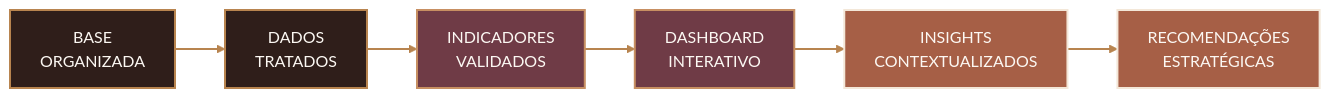
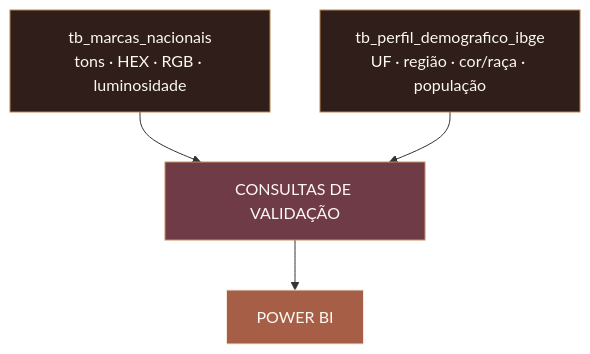
Before and after one commit to Projeto-L-Oreal-Paris/Avanco-da-industria-da-maquiagem: the third of 5 diagrams in README.md, drawn with Mermaid. The commit also changed other lines of this file, not shown here.

Commit message:
feat: finalize AURENA website with Power BI integration and final adjustments"

````diff
--- a/README.md
+++ b/README.md
@@ -857,18 +211,19 @@
 ```mermaid
-flowchart LR
-    A["BASE<br/>ORGANIZADA"] --> B["DADOS<br/>TRATADOS"]
-    B --> C["INDICADORES<br/>VALIDADOS"]
-    C --> D["DASHBOARD<br/>INTERATIVO"]
-    D --> E["INSIGHTS<br/>CONTEXTUALIZADOS"]
-    E --> F["RECOMENDAÇÕES<br/>ESTRATÉGICAS"]
+flowchart TB
+    A["tb_marcas_nacionais<br/>tons · HEX · RGB · luminosidade"]
+    B["tb_perfil_demografico_ibge<br/>UF · região · cor/raça · população"]
+    C["CONSULTAS DE VALIDAÇÃO"]
+    D["POWER BI"]
 
-    classDef dados fill:#2F1E1A,stroke:#B8844F,color:#FCF8F3,stroke-width:2px;
-    classDef analise fill:#6F3B46,stroke:#C78F62,color:#FCF8F3,stroke-width:2px;
-    classDef impacto fill:#A65F46,stroke:#F3E7D8,color:#FCF8F3,stroke-width:2px;
+    A --> C
+    B --> C
+    C --> D
 
-    class A,B dados;
-    class C,D analise;
-    class E,F impacto;
+    classDef tabela fill:#2F1E1A,stroke:#B8844F,color:#FCF8F3;
+    classDef processo fill:#6F3B46,stroke:#C78F62,color:#FCF8F3;
+    classDef saida fill:#A65F46,stroke:#F3E7D8,color:#FCF8F3;
 
-    linkStyle default stroke:#B8844F,stroke-width:2px;
+    class A,B tabela;
+    class C processo;
+    class D saida;
 ```
````
